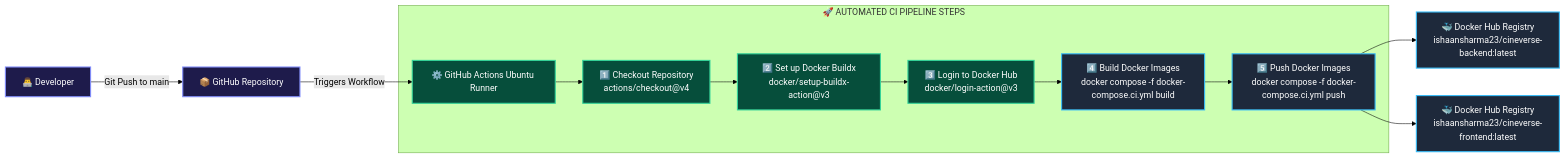
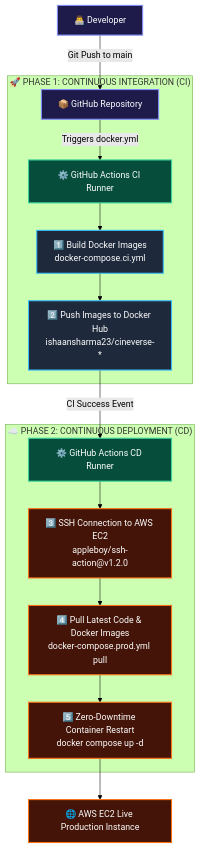
The sixth of 6 diagrams in README.md (Ishaansharma23/CineVerse), drawn with Mermaid (forest theme) before and after one commit. The commit also changed other lines of this file, not shown here.

Commit message:
added deployment on AWS and also CD is now working ( Continous Deployment )

````diff
--- a/README.md
+++ b/README.md
@@ -642,20 +663,24 @@
 ```mermaid
-flowchart LR
+flowchart TD
     classDef devStyle fill:#1e1b4b,stroke:#818cf8,stroke-width:2px,color:#fff
     classDef runnerStyle fill:#064e3b,stroke:#34d399,stroke-width:2px,color:#fff
     classDef dockerStyle fill:#1e293b,stroke:#38bdf8,stroke-width:2px,color:#fff
+    classDef awsStyle fill:#431407,stroke:#f97316,stroke-width:2px,color:#fff
 
-    DEV["👨‍💻 Developer"]:::devStyle -->|Git Push to main| GH_REPO["📦 GitHub Repository"]:::devStyle
-    GH_REPO -->|Triggers Workflow| RUNNER["⚙️ GitHub Actions Ubuntu Runner"]:::runnerStyle
+    DEV["👨‍💻 Developer"]:::devStyle -->|Git Push to main| GH["📦 GitHub Repository"]:::devStyle
 
-    subgraph CI_STEPS ["🚀 AUTOMATED CI PIPELINE STEPS"]
-        RUNNER --> STEP1["1️⃣ Checkout Repository<br/>actions/checkout@v4"]:::runnerStyle
-        STEP1 --> STEP2["2️⃣ Set up Docker Buildx<br/>docker/setup-buildx-action@v3"]:::runnerStyle
-        STEP2 --> STEP3["3️⃣ Login to Docker Hub<br/>docker/login-action@v3"]:::runnerStyle
-        STEP3 --> STEP4["4️⃣ Build Docker Images<br/>docker compose -f docker-compose.ci.yml build"]:::dockerStyle
-        STEP4 --> STEP5["5️⃣ Push Docker Images<br/>docker compose -f docker-compose.ci.yml push"]:::dockerStyle
+    subgraph CI ["🚀 PHASE 1: CONTINUOUS INTEGRATION (CI)"]
+        GH -->|Triggers docker.yml| CI_RUNNER["⚙️ GitHub Actions CI Runner"]:::runnerStyle
+        CI_RUNNER --> BUILD["1️⃣ Build Docker Images<br/>docker-compose.ci.yml"]:::dockerStyle
+        BUILD --> PUSH["2️⃣ Push Images to Docker Hub<br/>ishaansharma23/cineverse-*"]:::dockerStyle
     end
 
-    STEP5 --> REG1["🐳 Docker Hub Registry<br/>ishaansharma23/cineverse-backend:latest"]:::dockerStyle
-    STEP5 --> REG2["🐳 Docker Hub Registry<br/>ishaansharma23/cineverse-frontend:latest"]:::dockerStyle
+    subgraph CD ["☁️ PHASE 2: CONTINUOUS DEPLOYMENT (CD)"]
+        PUSH -->|CI Success Event| CD_RUNNER["⚙️ GitHub Actions CD Runner"]:::runnerStyle
+        CD_RUNNER --> SSH["3️⃣ SSH Connection to AWS EC2<br/>appleboy/ssh-action@v1.2.0"]:::awsStyle
+        SSH --> PULL["4️⃣ Pull Latest Code & Docker Images<br/>docker-compose.prod.yml pull"]:::awsStyle
+        PULL --> DEPLOY["5️⃣ Zero-Downtime Container Restart<br/>docker compose up -d"]:::awsStyle
+    end
+
+    DEPLOY --> LIVE["🌐 AWS EC2 Live Production Instance"]:::awsStyle
 ```
````
